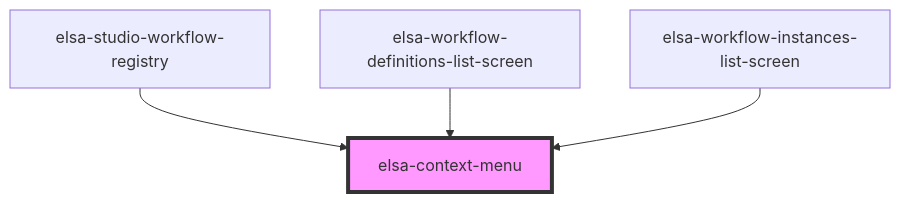
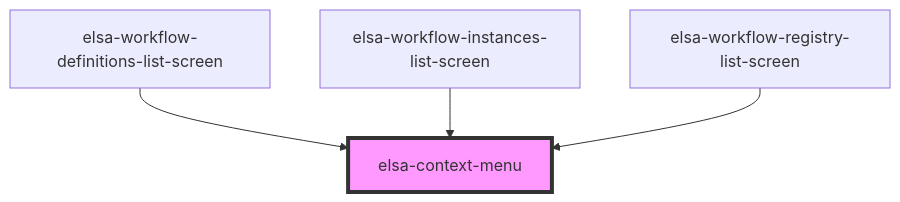
Before and after one commit to elsa-workflows/elsa-core: the diagram in src/designer/elsa-workflows-studio/src/components/controls/elsa-context-menu/readme.md, drawn with Mermaid. The commit also changed other lines of this file and 31 other files, not shown here.

````diff
--- a/src/designer/elsa-workflows-studio/src/components/controls/elsa-context-menu/readme.md
+++ b/src/designer/elsa-workflows-studio/src/components/controls/elsa-context-menu/readme.md
@@ -25,7 +25,7 @@
 ```mermaid
 graph TD;
-  elsa-studio-workflow-registry --> elsa-context-menu
   elsa-workflow-definitions-list-screen --> elsa-context-menu
   elsa-workflow-instances-list-screen --> elsa-context-menu
+  elsa-workflow-registry-list-screen --> elsa-context-menu
   style elsa-context-menu fill:#f9f,stroke:#333,stroke-width:4px
 ```
````
